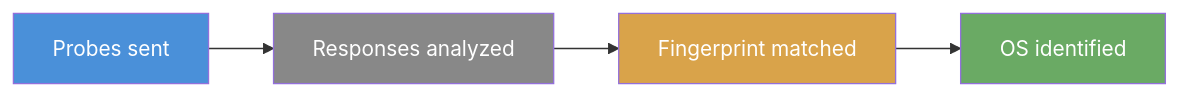
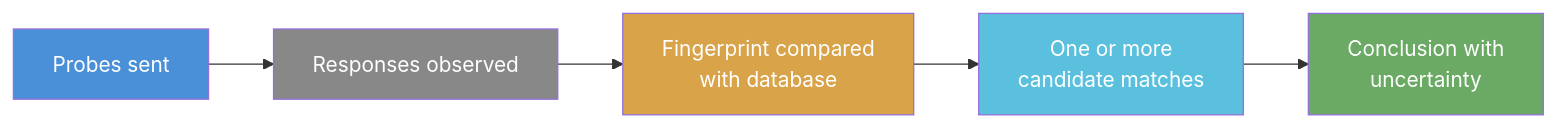
One commit to RobChaykoski/opencyberrange changed the diagram in Workbook/CH01_Enumeration/04_OS_Detection.md. Above: the diagram before and after it, drawn with Mermaid. The commit also changed other lines of this file and 1 other file, not shown here.

````diff
--- a/Workbook/CH01_Enumeration/04_OS_Detection.md
+++ b/Workbook/CH01_Enumeration/04_OS_Detection.md
@@ -24,10 +81,13 @@
 ```mermaid
 graph LR
-    A["Probes sent"] --> B["Responses analyzed"]
-    B --> C["Fingerprint matched"]
-    C --> D["OS identified"]
+    A["Probes sent"] --> B["Responses observed"]
+    B --> C["Fingerprint compared<br/>with database"]
+    C --> D["One or more<br/>candidate matches"]
+    D --> E["Conclusion with<br/>uncertainty"]
+
     style A fill:#4a90d9,color:#fff
     style B fill:#888,color:#fff
     style C fill:#d9a34a,color:#fff
-    style D fill:#6aaa64,color:#fff
+    style D fill:#5bc0de,color:#fff
+    style E fill:#6aaa64,color:#fff
 ```
````
